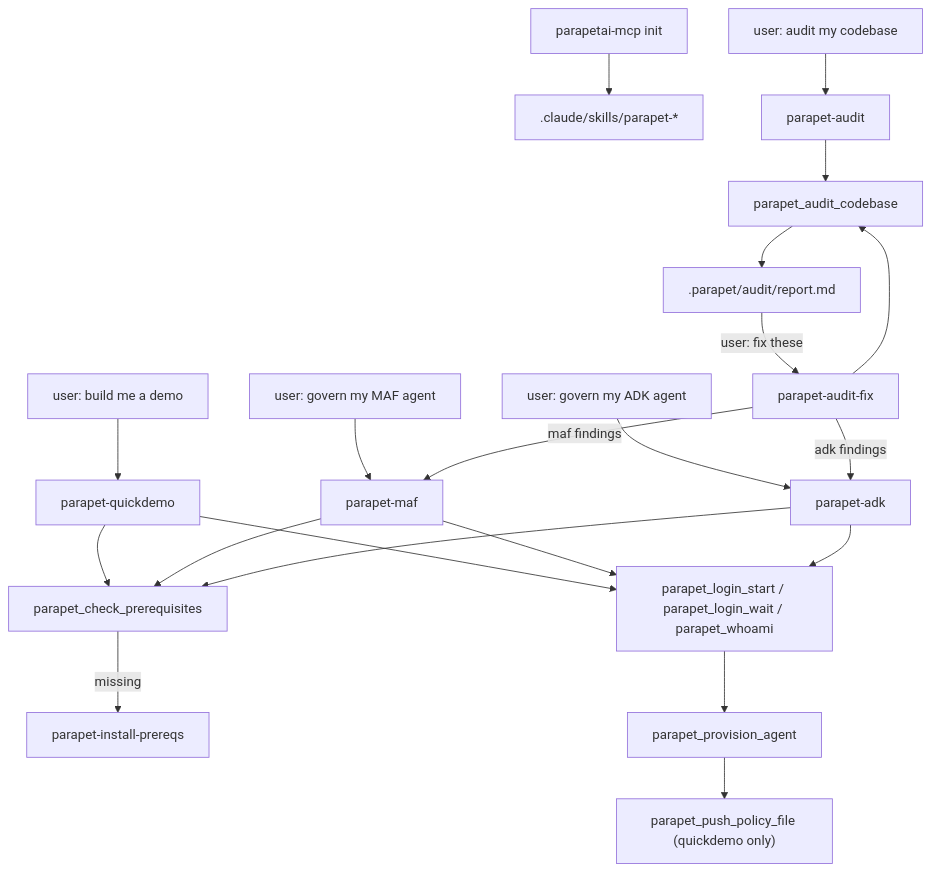
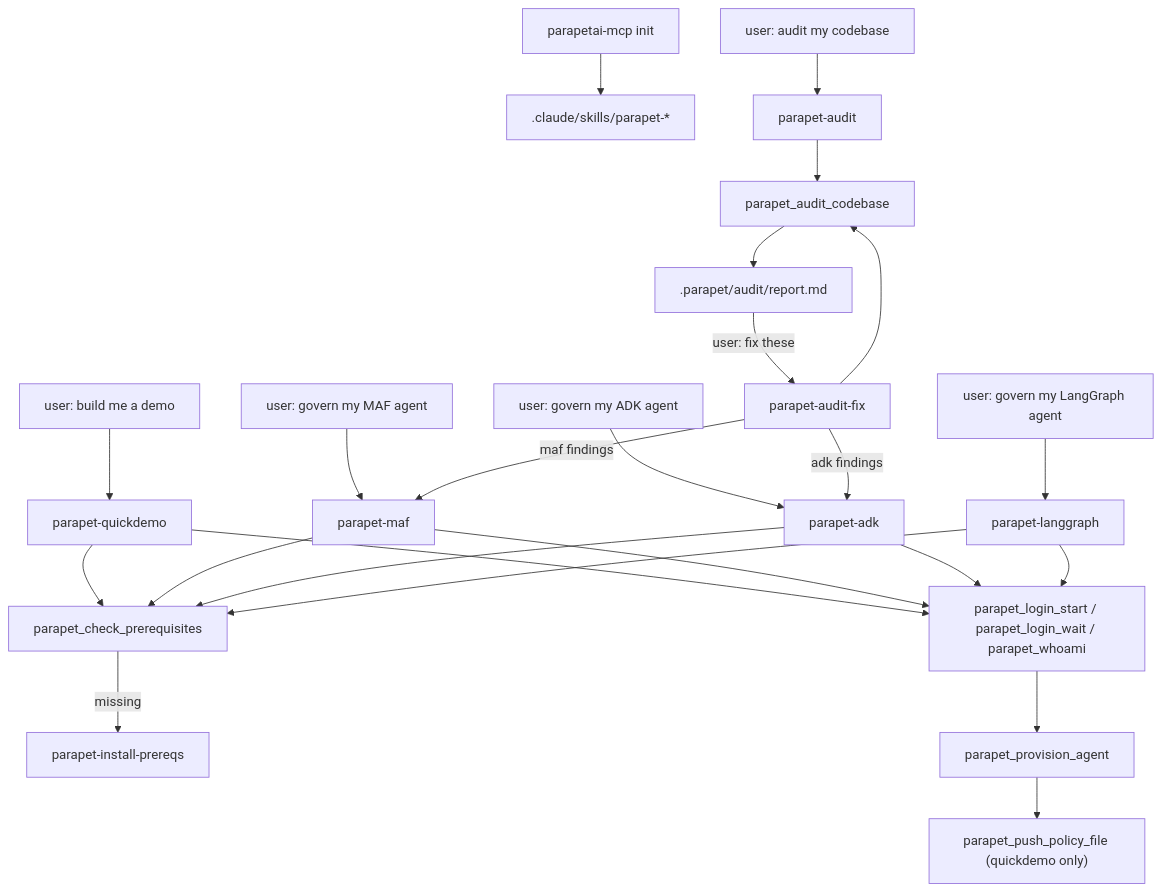
The diagram in docs/cli/skills.md (Parapet-run/parapet-agenticai-sdk), drawn with Mermaid before and after one commit. The commit also changed other lines of this file and 9 other files, not shown here.

````diff
--- a/docs/cli/skills.md
+++ b/docs/cli/skills.md
@@ -99,23 +114,26 @@
 ```mermaid
 graph TD
     A["parapetai-mcp init"] --> B[".claude/skills/parapet-*"]
     C["user: build me a demo"] --> D[parapet-quickdemo]
     E["user: govern my MAF agent"] --> F[parapet-maf]
     G["user: govern my ADK agent"] --> H[parapet-adk]
+    S["user: govern my LangGraph agent"] --> T[parapet-langgraph]
     N["user: audit my codebase"] --> O[parapet-audit]
     D --> I[parapet_check_prerequisites]
     F --> I
     H --> I
+    T --> I
     I -->|missing| J[parapet-install-prereqs]
     D --> K["parapet_login_start / parapet_login_wait / parapet_whoami"]
     F --> K
     H --> K
+    T --> K
     K --> L[parapet_provision_agent]
     L --> M["parapet_push_policy_file (quickdemo only)"]
     O --> P[parapet_audit_codebase]
     P --> Q[".parapet/audit/report.md"]
     Q -->|"user: fix these"| R[parapet-audit-fix]
     R -->|"maf findings"| F
     R -->|"adk findings"| H
     R --> P
 ```
````
